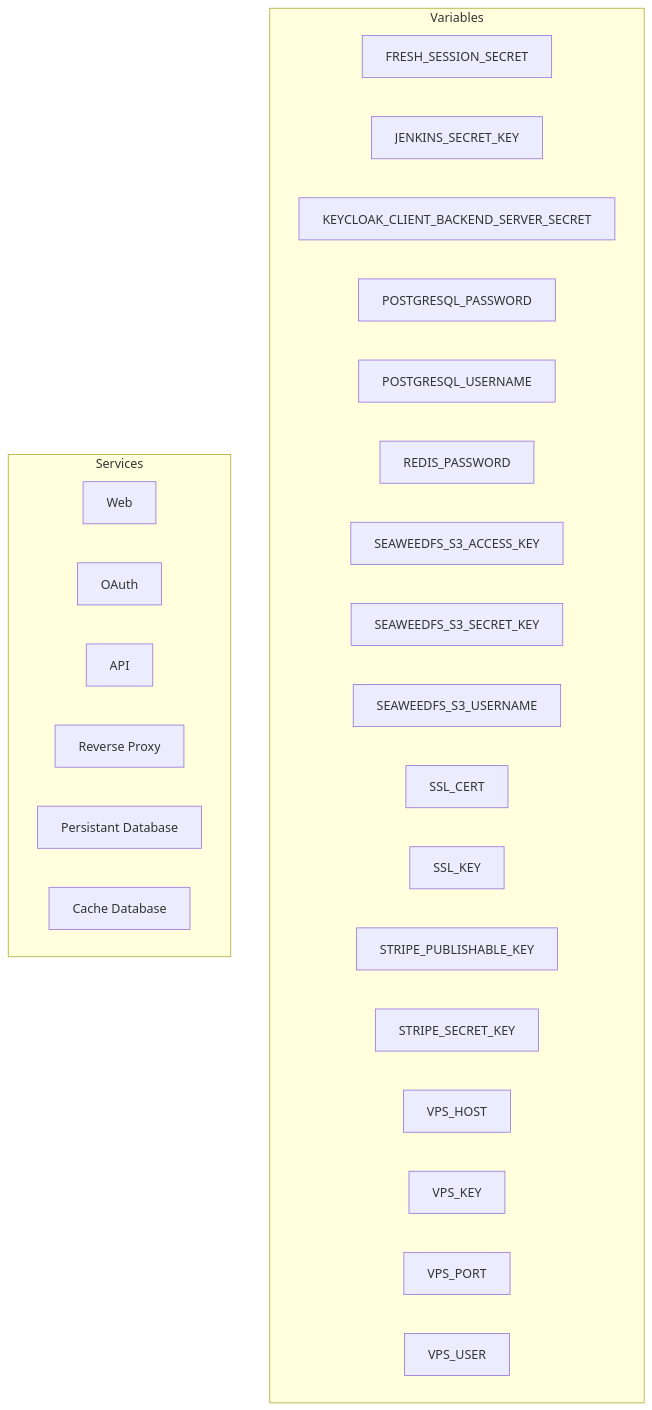
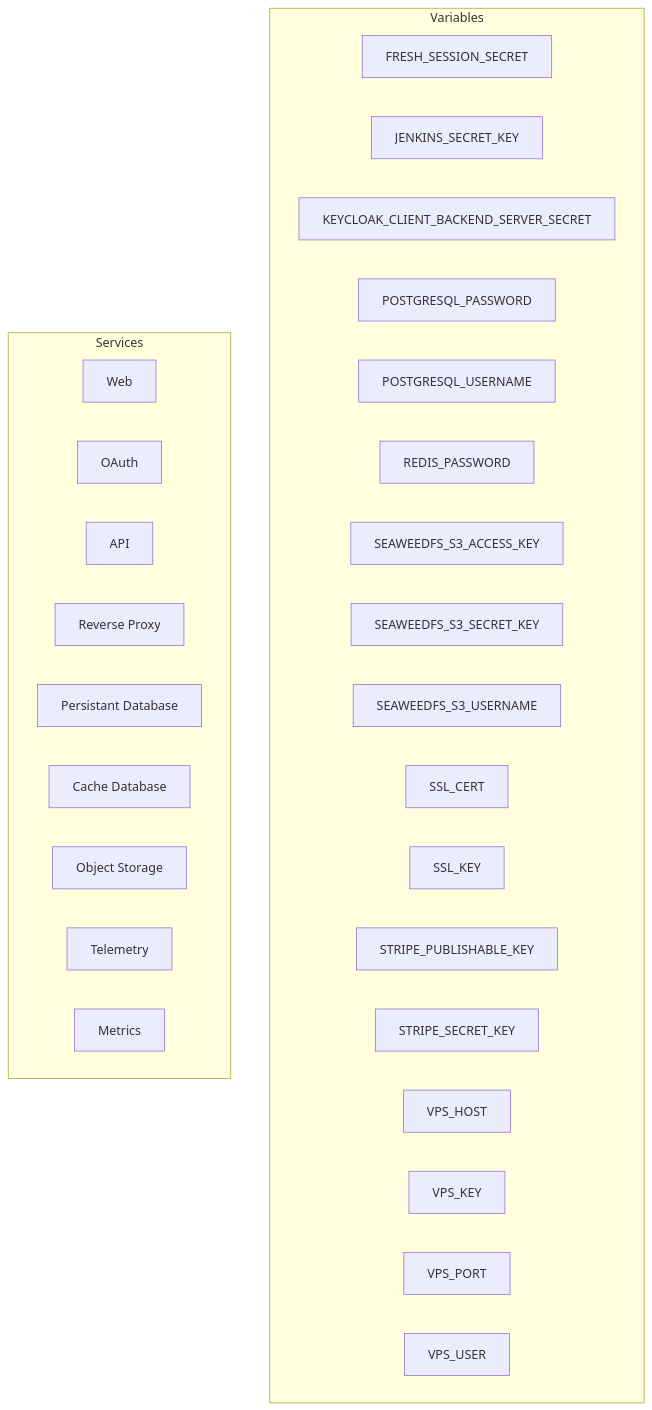
Before and after one commit to HarryEddward/FreshStack: the diagram in docs/docs/Software/Backend/Configuration/configuration_secrets.md, drawn with Mermaid. The commit also changed 1 other file, not shown here.

Commit message:
Saved all project

````diff
--- a/docs/docs/Software/Backend/Configuration/configuration_secrets.md
+++ b/docs/docs/Software/Backend/Configuration/configuration_secrets.md
@@ -25,34 +25,37 @@
 ```mermaid
 
 flowchart TB
 
     subgraph Variables
         FRESH_SESSION_SECRET
         JENKINS_SECRET_KEY
         KEYCLOAK_CLIENT_BACKEND_SERVER_SECRET
         POSTGRESQL_PASSWORD
         POSTGRESQL_USERNAME
         REDIS_PASSWORD
         SEAWEEDFS_S3_ACCESS_KEY
         SEAWEEDFS_S3_SECRET_KEY
         SEAWEEDFS_S3_USERNAME
         SSL_CERT
         SSL_KEY
         STRIPE_PUBLISHABLE_KEY
         STRIPE_SECRET_KEY
         VPS_HOST
         VPS_KEY
         VPS_PORT
         VPS_USER
     end
 
     subgraph Services
         Web
         OAuth
         API
         Reverse_Proxy["Reverse Proxy"]
         Persistant_Database["Persistant Database"]
         Cache_Database["Cache Database"]
+        Object_Storage["Object Storage"]
+        Telemetry
+        Metrics
     end
     
 ```
````
